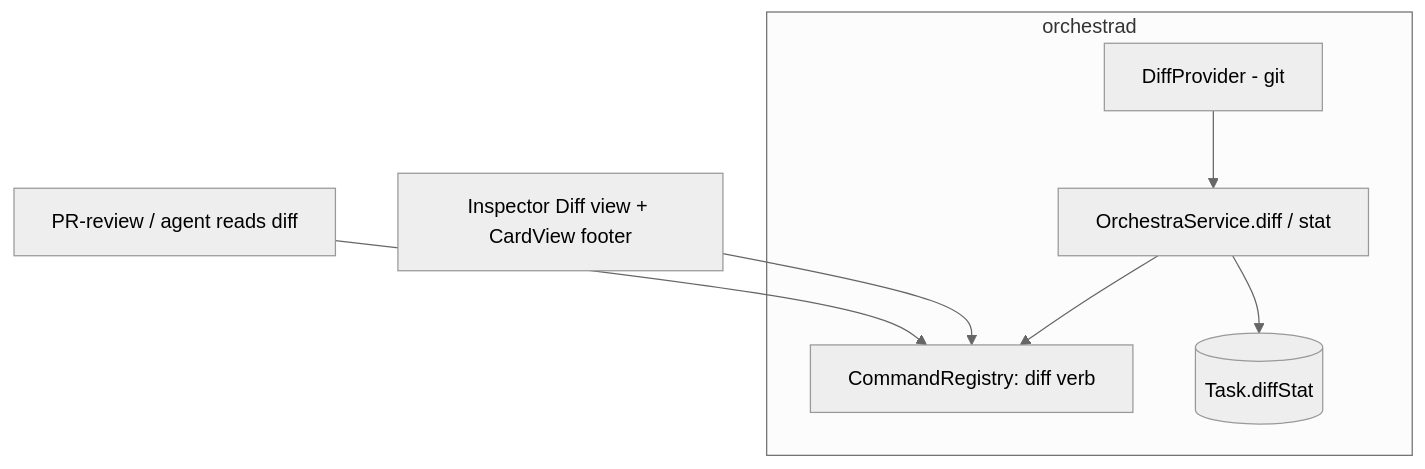
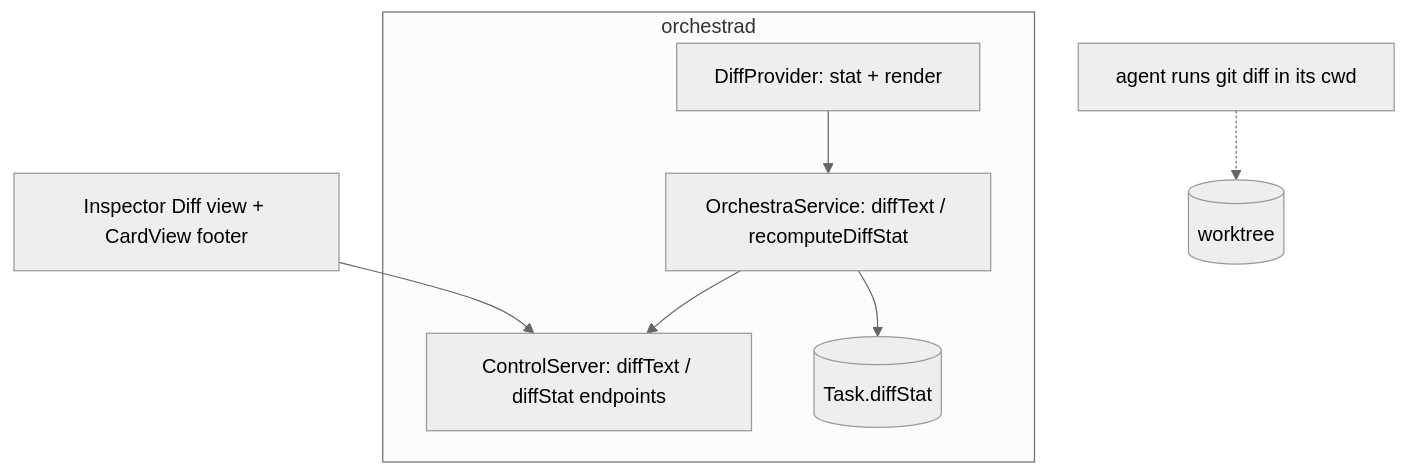
Before and after one commit to PeiAllen/claude-kanban: the first of 2 diagrams in notes/designs/code-review-on-board/02-contract.md, drawn with Mermaid (neutral theme). The commit also changed other lines of this file and 22 other files, not shown here.

First line of the commit message:
feat(diff): code review on the board (axis 7) — footer diffstat + in-app diff view

````diff
--- a/notes/designs/code-review-on-board/02-contract.md
+++ b/notes/designs/code-review-on-board/02-contract.md
@@ -122,10 +105,10 @@
 ```mermaid
 flowchart TD
     subgraph Daemon[orchestrad]
-        DV[DiffProvider - git] --> Svc[OrchestraService.diff / stat]
-        Svc --> Reg[CommandRegistry: diff verb]
+        DV[DiffProvider: stat + render] --> Svc[OrchestraService: diffText / recomputeDiffStat]
+        Svc --> CS[ControlServer: diffText / diffStat endpoints]
         Svc --> Store[(Task.diffStat)]
     end
-    App[Inspector Diff view + CardView footer] --> Reg
-    Agent[PR-review / agent reads diff] --> Reg
+    App[Inspector Diff view + CardView footer] --> CS
+    Agent[agent runs git diff in its cwd] -.-> Git[(worktree)]
 ```
````
